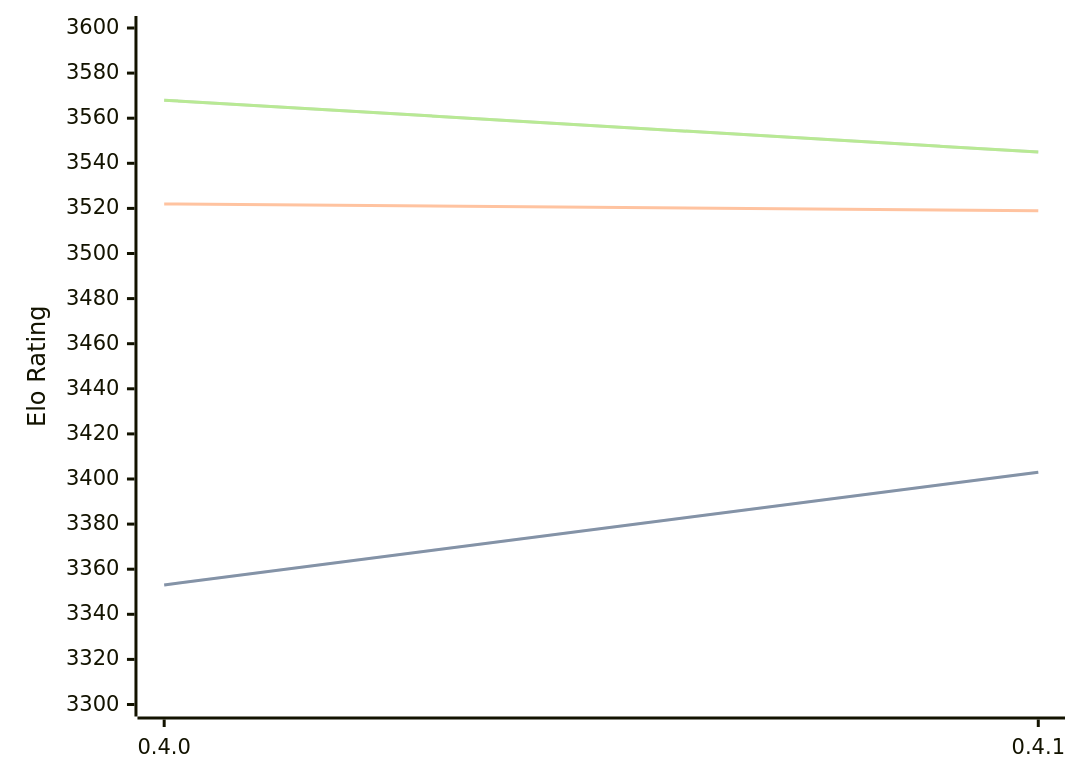
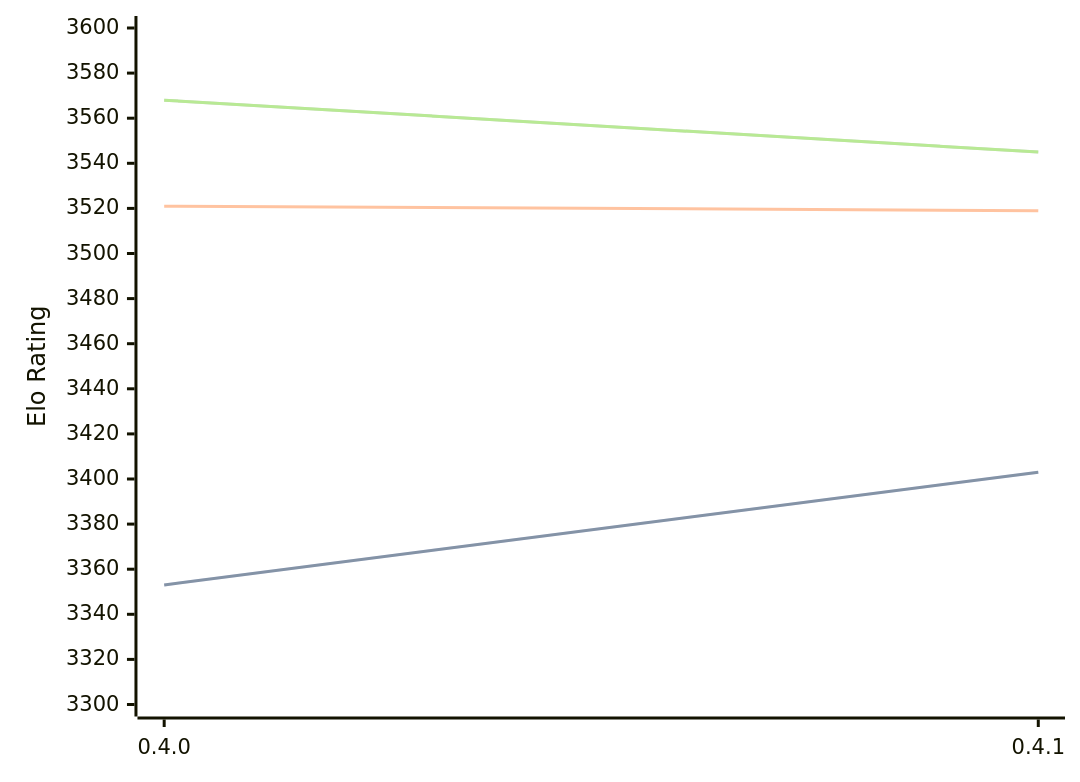
One commit to computer-chess-index/cci changed the diagram in engines/Cinder.md. Above: the diagram before and after it, drawn with Mermaid. The commit also changed other lines of this file, not shown here.

````diff
--- a/engines/Cinder.md
+++ b/engines/Cinder.md
@@ -38,11 +38,11 @@
 ```mermaid
 %%{init: {"theme":"base","themeVariables":{"seriesColors:['#a3a3a3','#222221','#faa371']}}}%%
 xychart-beta
   x-axis ["0.4.0", "0.4.1"]
   y-axis "Elo Rating" 3300 --> 3600
   line "STC (8.0+0.08s)" [3353, 3403]
   line "STC (8.0+0.08s)" [3353, 3403]
-  line "LTC (60.0+0.60s)" [3522, 3519]
+  line "LTC (60.0+0.60s)" [3521, 3519]
   line "VLTC (2m24s+1.12s)" [3568, 3545]
   line "VLTC (2m24s+1.12s)" [3568, 3545]
 ```
````
